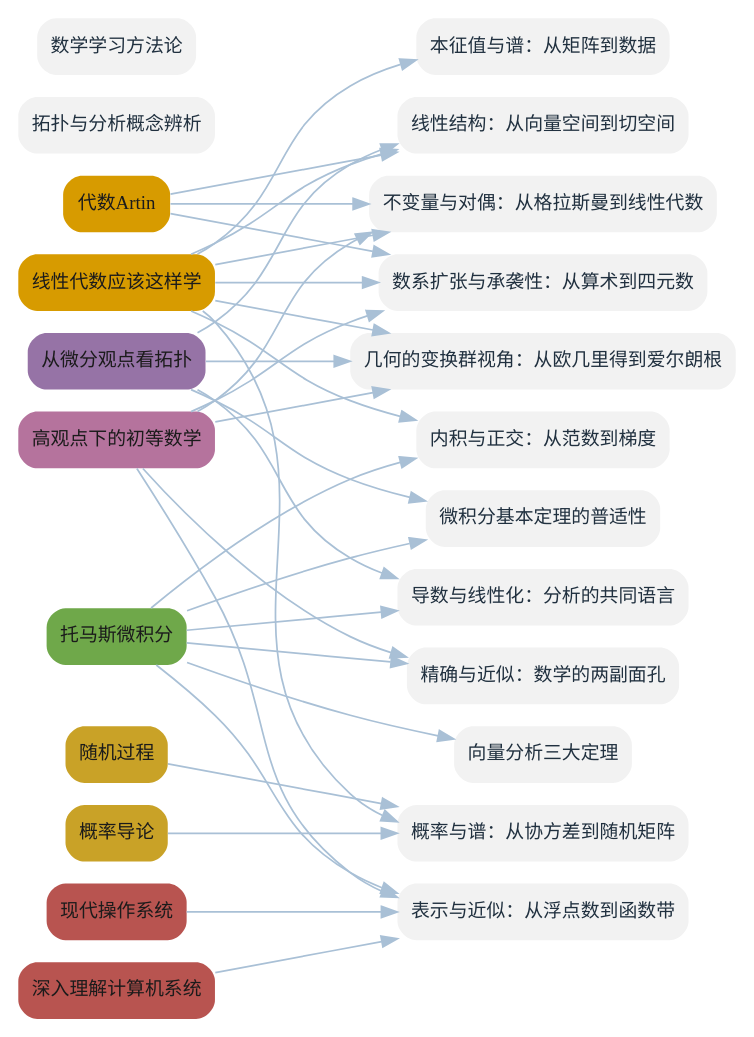
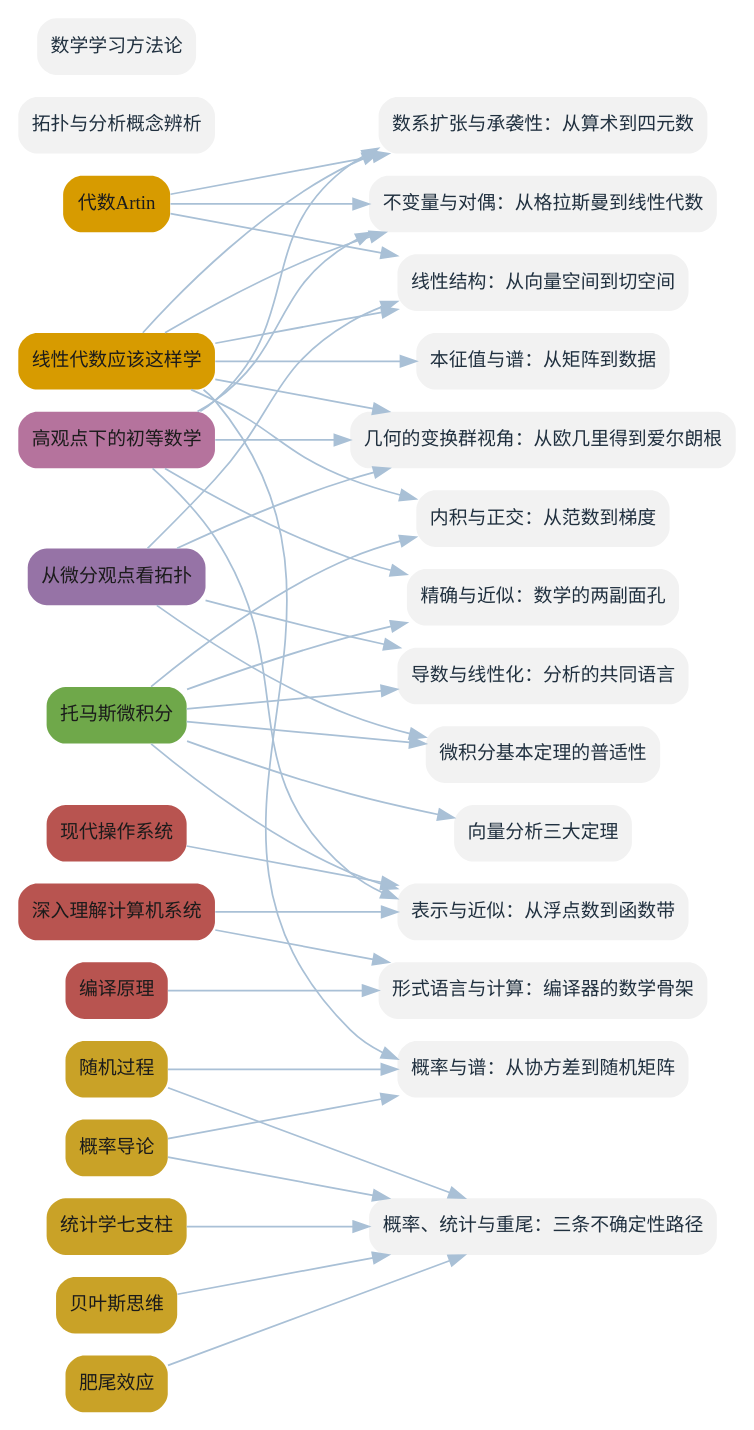
One commit to lyp0746/lyp-notes changed the diagram in book/figures/fig-bridges.dot. Above: the diagram before and after it, drawn with Graphviz. The commit also changed 48 other files, not shown here.

Commit message:
新增 4 本概率/计算机书籍(统计学七支柱/贝叶斯思维/肥尾效应/编译原理)：12 概念+8 实体+4 导读+2 跨书桥接；重建插图(13 书)与《数学地图》PDF(79 页)；更新索引与地图

```diff
--- a/book/figures/fig-bridges.dot
+++ b/book/figures/fig-bridges.dot
@@ -1,57 +1,70 @@
 digraph G {
   graph [bgcolor="white", rankdir=LR, nodesep=0.2, ranksep=1.2];
   node [shape=box, style="rounded,filled", penwidth=0, fontname="Microsoft YaHei", fontsize=12];
   edge [color="#A9C0D6", penwidth=1.1];
   B_AT [label="代数Artin", fillcolor="#D79B00", fontcolor="#1B1B1B"];
   B_LA [label="线性代数应该这样学", fillcolor="#D79B00", fontcolor="#1B1B1B"];
   B_CA [label="托马斯微积分", fillcolor="#6FA84A", fontcolor="#1B1B1B"];
   B_DT [label="从微分观点看拓扑", fillcolor="#9673A6", fontcolor="#1B1B1B"];
   B_KG [label="高观点下的初等数学", fillcolor="#B5739D", fontcolor="#1B1B1B"];
   B_PD [label="概率导论", fillcolor="#C9A227", fontcolor="#1B1B1B"];
   B_SP [label="随机过程", fillcolor="#C9A227", fontcolor="#1B1B1B"];
+  B_SS [label="统计学七支柱", fillcolor="#C9A227", fontcolor="#1B1B1B"];
+  B_BT [label="贝叶斯思维", fillcolor="#C9A227", fontcolor="#1B1B1B"];
+  B_FT [label="肥尾效应", fillcolor="#C9A227", fontcolor="#1B1B1B"];
   B_CSAPP [label="深入理解计算机系统", fillcolor="#B85450", fontcolor="#1B1B1B"];
   B_MOS [label="现代操作系统", fillcolor="#B85450", fontcolor="#1B1B1B"];
+  B_CP [label="编译原理", fillcolor="#B85450", fontcolor="#1B1B1B"];
   T_0 [label="导数与线性化：分析的共同语言", fillcolor="#F2F2F2", fontcolor="#20303F"];
   T_1 [label="线性结构：从向量空间到切空间", fillcolor="#F2F2F2", fontcolor="#20303F"];
   T_2 [label="内积与正交：从范数到梯度", fillcolor="#F2F2F2", fontcolor="#20303F"];
   T_3 [label="本征值与谱：从矩阵到数据", fillcolor="#F2F2F2", fontcolor="#20303F"];
   T_4 [label="微积分基本定理的普适性", fillcolor="#F2F2F2", fontcolor="#20303F"];
   T_5 [label="向量分析三大定理", fillcolor="#F2F2F2", fontcolor="#20303F"];
   T_6 [label="拓扑与分析概念辨析", fillcolor="#F2F2F2", fontcolor="#20303F"];
   T_7 [label="数学学习方法论", fillcolor="#F2F2F2", fontcolor="#20303F"];
   T_8 [label="不变量与对偶：从格拉斯曼到线性代数", fillcolor="#F2F2F2", fontcolor="#20303F"];
   T_9 [label="数系扩张与承袭性：从算术到四元数", fillcolor="#F2F2F2", fontcolor="#20303F"];
   T_10 [label="精确与近似：数学的两副面孔", fillcolor="#F2F2F2", fontcolor="#20303F"];
   T_11 [label="几何的变换群视角：从欧几里得到爱尔朗根", fillcolor="#F2F2F2", fontcolor="#20303F"];
   T_12 [label="概率与谱：从协方差到随机矩阵", fillcolor="#F2F2F2", fontcolor="#20303F"];
   T_13 [label="表示与近似：从浮点数到函数带", fillcolor="#F2F2F2", fontcolor="#20303F"];
+  T_14 [label="概率、统计与重尾：三条不确定性路径", fillcolor="#F2F2F2", fontcolor="#20303F"];
+  T_15 [label="形式语言与计算：编译器的数学骨架", fillcolor="#F2F2F2", fontcolor="#20303F"];
   B_CA -> T_0;
   B_DT -> T_0;
   B_LA -> T_1;
   B_DT -> T_1;
   B_AT -> T_1;
   B_LA -> T_2;
   B_CA -> T_2;
   B_LA -> T_3;
   B_CA -> T_4;
   B_DT -> T_4;
   B_CA -> T_5;
   B_KG -> T_8;
   B_LA -> T_8;
   B_AT -> T_8;
   B_KG -> T_9;
   B_LA -> T_9;
   B_AT -> T_9;
   B_KG -> T_10;
   B_CA -> T_10;
   B_KG -> T_11;
   B_DT -> T_11;
   B_LA -> T_11;
   B_PD -> T_12;
   B_SP -> T_12;
   B_LA -> T_12;
   B_CSAPP -> T_13;
   B_MOS -> T_13;
   B_KG -> T_13;
   B_CA -> T_13;
+  B_PD -> T_14;
+  B_SP -> T_14;
+  B_SS -> T_14;
+  B_BT -> T_14;
+  B_FT -> T_14;
+  B_CP -> T_15;
+  B_CSAPP -> T_15;
 }
```
